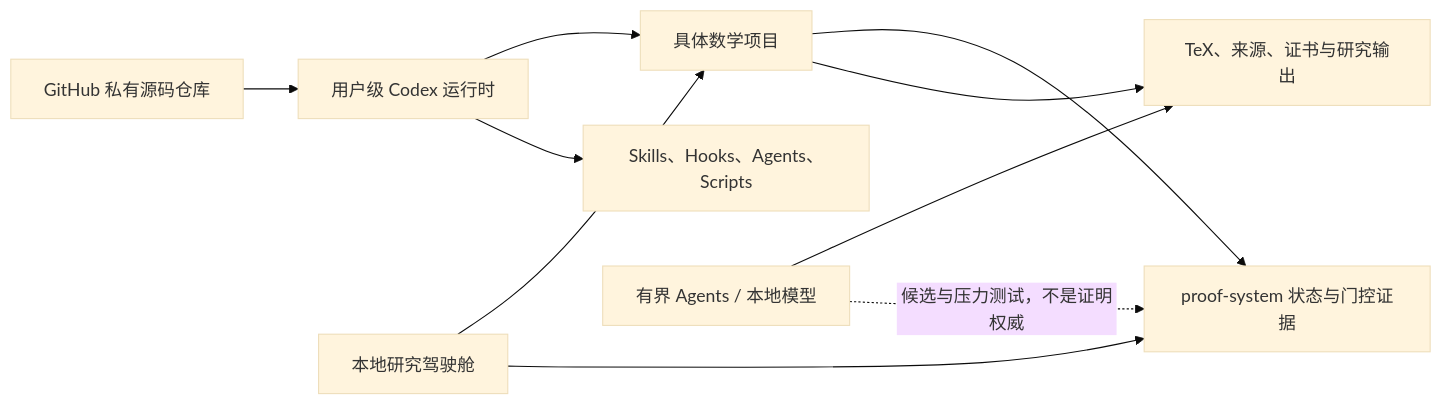
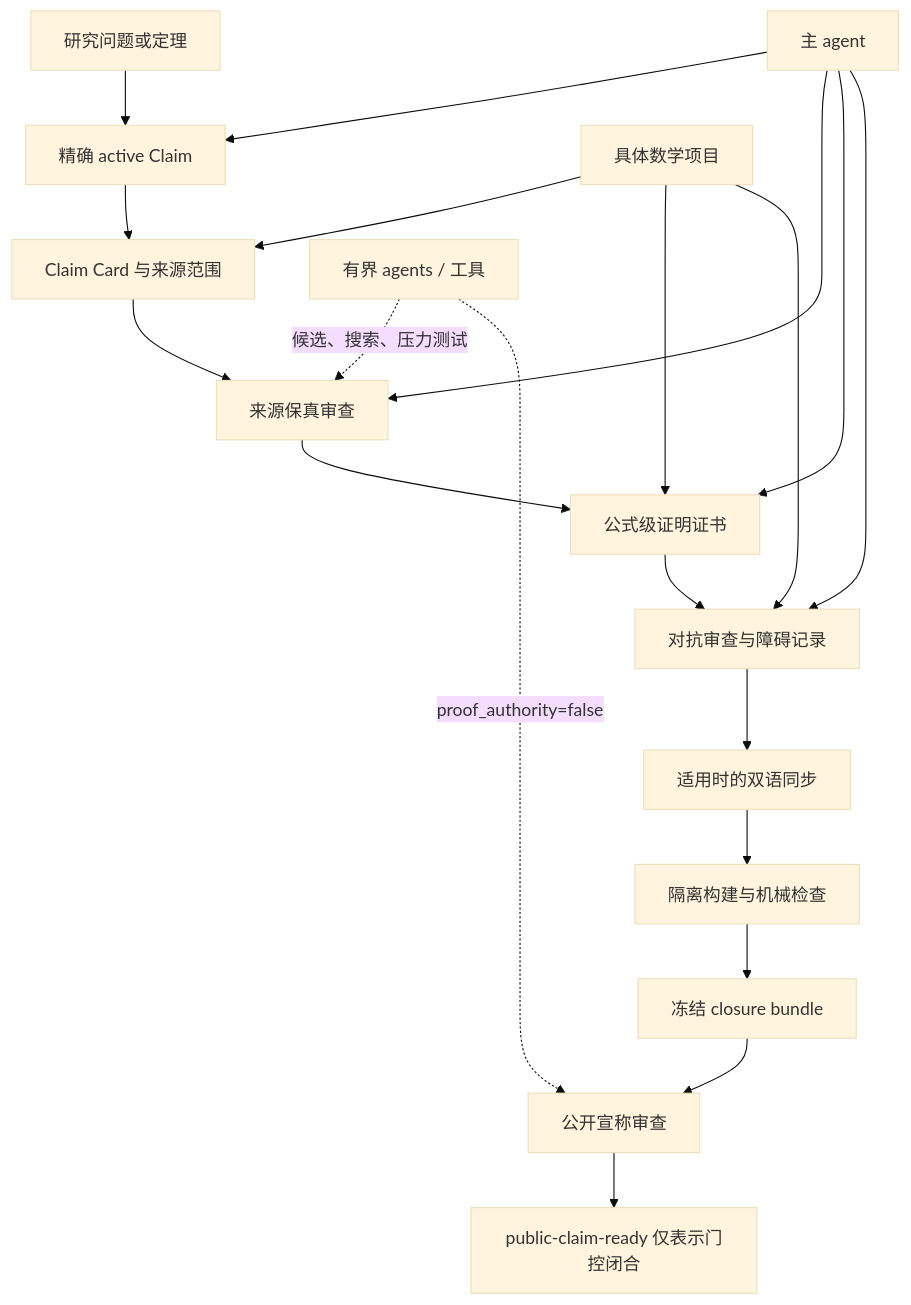
Before and after one commit to Piquancyy/math-research-system-overview: the diagram in README.md, drawn with Mermaid (base theme). The commit also changed other lines of this file, not shown here.

Commit message:
docs: comprehensively update math research system README

````diff
--- a/README.md
+++ b/README.md
@@ -26,12 +57,22 @@
-```mermaid
-flowchart LR
-    A["GitHub 私有源码仓库"] --> B["用户级 Codex 运行时"]
-    B --> C["具体数学项目"]
-    C --> D["proof-system 状态与门控证据"]
-    C --> E["TeX、来源、证书与研究输出"]
-    B --> F["Skills、Hooks、Agents、Scripts"]
-    G["本地研究驾驶舱"] --> C
-    G --> D
-    H["有界 Agents / 本地模型"] --> E
-    H -. "候选与压力测试，不是证明权威" .-> D
-```
+~~~~mermaid
+flowchart TB
+    A["研究问题或定理"] --> B["精确 active Claim"]
+    B --> C["Claim Card 与来源范围"]
+    C --> D["来源保真审查"]
+    D --> E["公式级证明证书"]
+    E --> F["对抗审查与障碍记录"]
+    F --> G["适用时的双语同步"]
+    G --> H["隔离构建与机械检查"]
+    H --> I["冻结 closure bundle"]
+    I --> J["公开宣称审查"]
+    J --> K["public-claim-ready 仅表示门控闭合"]
+    L["主 agent"] --> B
+    L --> D
+    L --> E
+    L --> F
+    M["有界 agents / 工具"] -. "候选、搜索、压力测试" .-> D
+    M -. "proof_authority=false" .-> J
+    N["具体数学项目"] --> C
+    N --> E
+    N --> F
+~~~~
````
